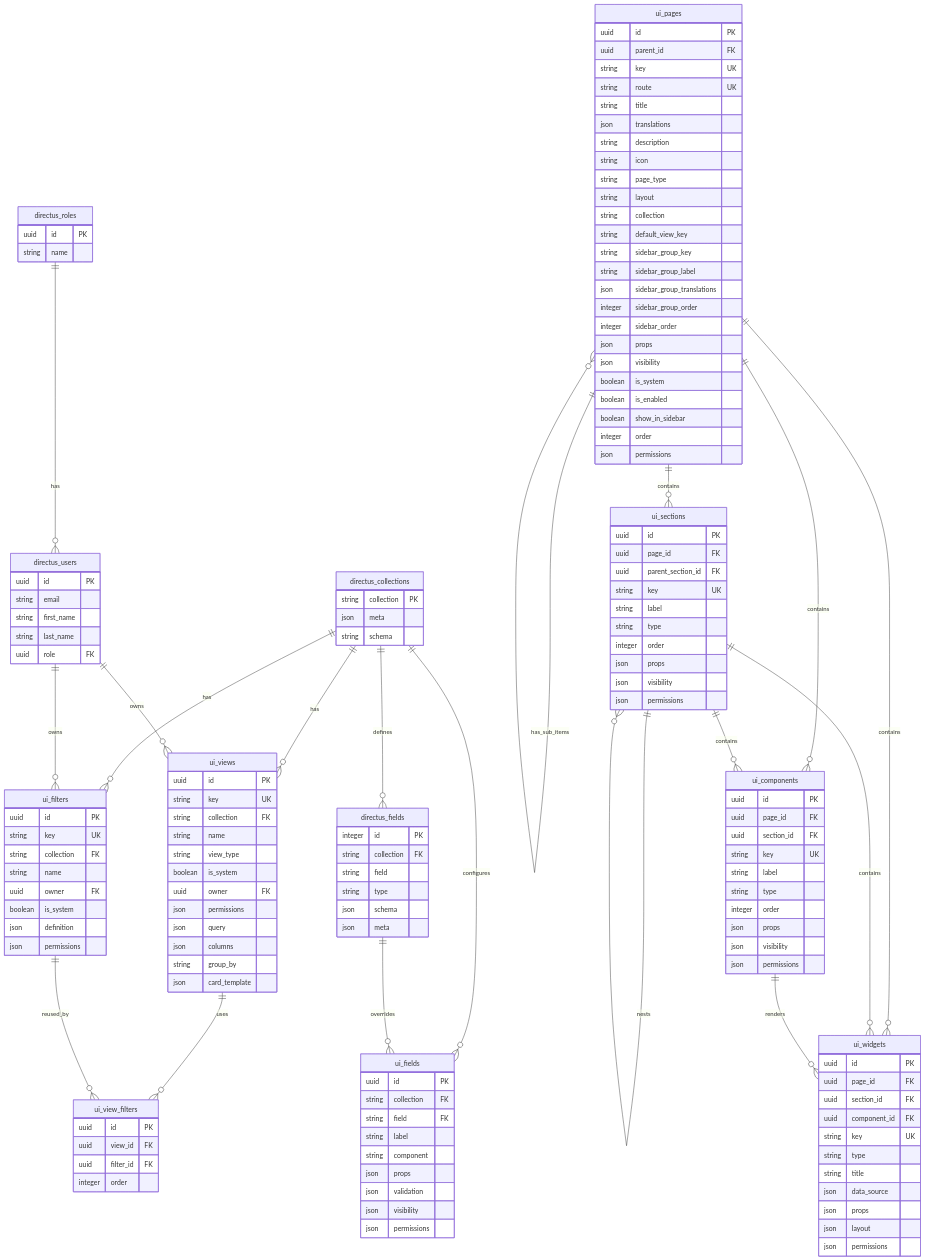
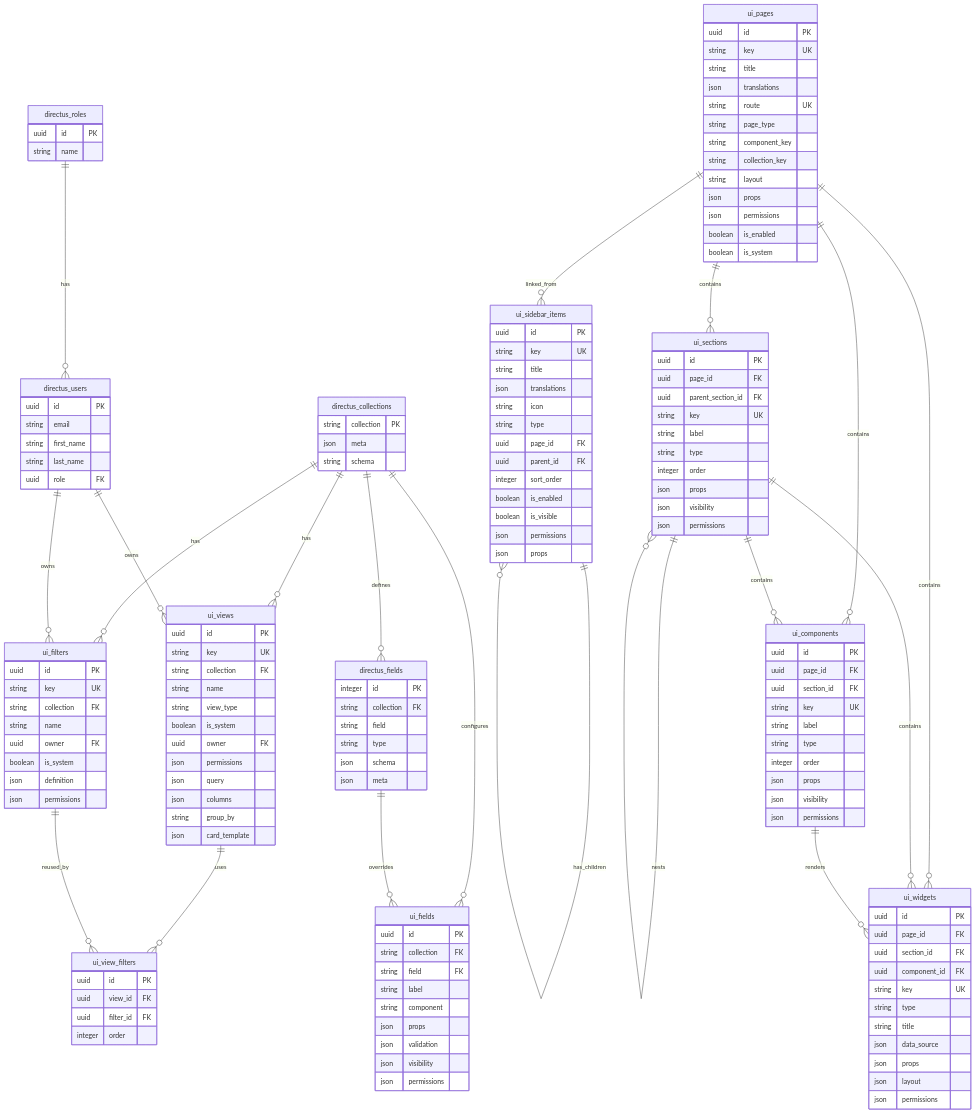
Before and after one commit to tmt203/cx2.0: the fourth of 4 diagrams in docs/architecture.md, drawn with Mermaid. The commit also changed other lines of this file and 13 other files, not shown here.

```diff
--- a/docs/architecture.md
+++ b/docs/architecture.md
@@ -298,29 +313,34 @@
 
     ui_pages {
         uuid id PK
-        uuid parent_id FK
         string key UK
-        string route UK
         string title
         json translations
-        string description
+        string route UK
+        string page_type
+        string component_key
+        string collection_key
+        string layout
+        json props
+        json permissions
+        boolean is_enabled
+        boolean is_system
+    }
+
+    ui_sidebar_items {
+        uuid id PK
+        string key UK
+        string title
+        json translations
         string icon
-        string page_type
-        string layout
-        string collection
-        string default_view_key
-        string sidebar_group_key
-        string sidebar_group_label
-        json sidebar_group_translations
-        integer sidebar_group_order
-        integer sidebar_order
+        string type
+        uuid page_id FK
+        uuid parent_id FK
+        integer sort_order
+        boolean is_enabled
+        boolean is_visible
+        json permissions
         json props
-        json visibility
-        boolean is_system
-        boolean is_enabled
-        boolean show_in_sidebar
-        integer order
-        json permissions
     }
 
     ui_sections {
@@ -411,7 +431,8 @@
     directus_roles ||--o{ directus_users : has
     directus_collections ||--o{ directus_fields : defines
 
-    ui_pages ||--o{ ui_pages : has_sub_items
+    ui_pages ||--o{ ui_sidebar_items : linked_from
+    ui_sidebar_items ||--o{ ui_sidebar_items : has_children
     ui_pages ||--o{ ui_sections : contains
     ui_sections ||--o{ ui_sections : nests
     ui_pages ||--o{ ui_components : contains
```
